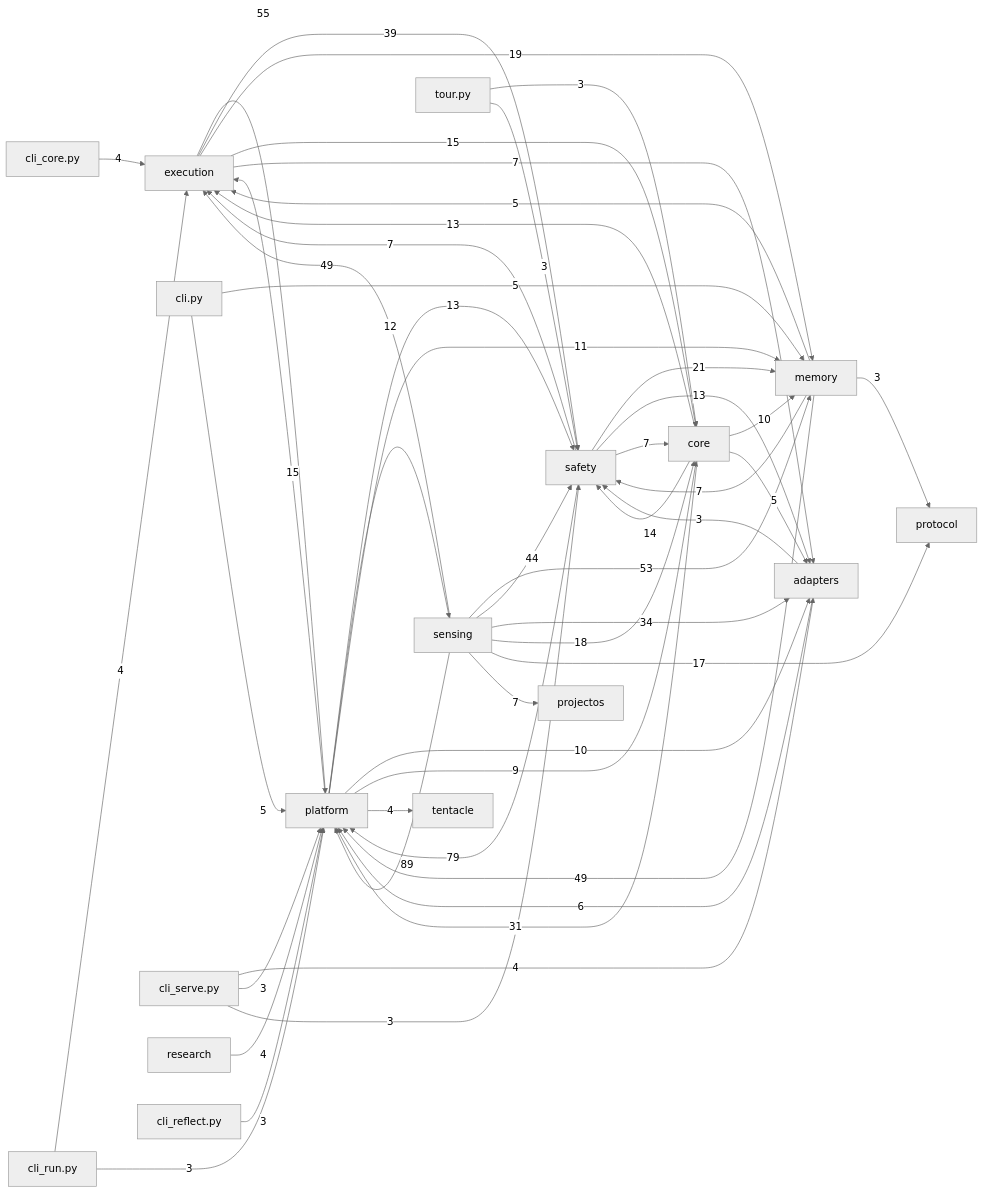
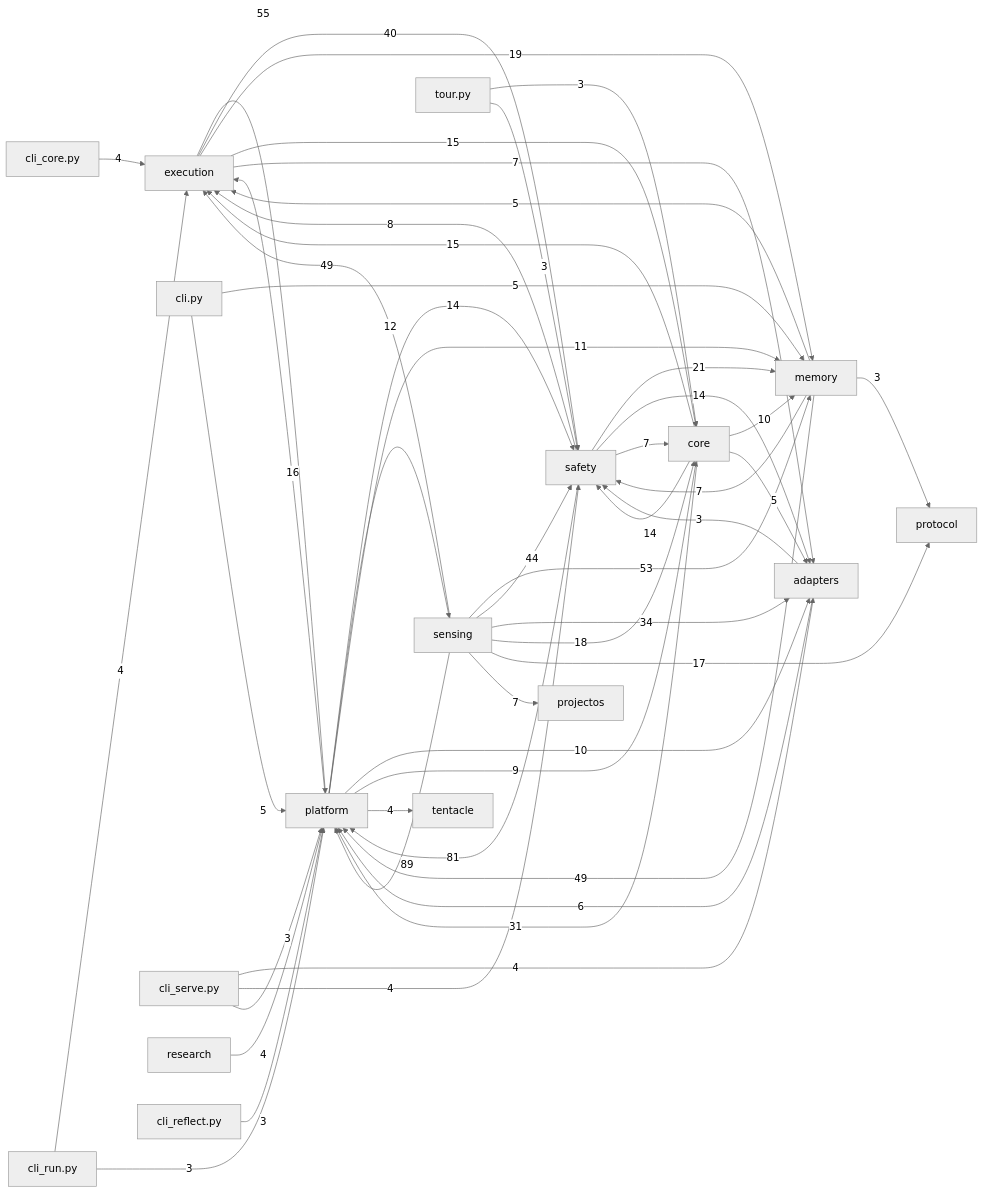
One commit to dengdenghua/octopus-agent changed the diagram in docs/auto/20-backend/index.md. Above: the diagram before and after it, drawn with Mermaid (neutral theme). The commit also changed 125 other files, not shown here.

First line of the commit message:
feat(capabilities): detect disabled tools and weaken streaming timeline

````diff
--- a/docs/auto/20-backend/index.md
+++ b/docs/auto/20-backend/index.md
@@ -26,58 +26,58 @@
 ```mermaid
 graph LR
   execution[execution]
   core[core]
   safety[safety]
   memory[memory]
   sensing[sensing]
   adapters[adapters]
   platform[platform]
   sensing -- 89 --> platform
-  safety -- 79 --> platform
+  safety -- 81 --> platform
   execution -- 55 --> platform
   sensing -- 53 --> memory
   memory -- 49 --> platform
   sensing -- 49 --> execution
   sensing -- 44 --> safety
-  execution -- 39 --> safety
+  execution -- 40 --> safety
   sensing -- 34 --> adapters
   core -- 31 --> platform
   safety -- 21 --> memory
   execution -- 19 --> memory
   sensing -- 18 --> core
   sensing -- 17 --> protocol
+  platform -- 16 --> execution
+  core -- 15 --> execution
   execution -- 15 --> core
-  platform -- 15 --> execution
   core -- 14 --> safety
-  core -- 13 --> execution
-  platform -- 13 --> safety
-  safety -- 13 --> adapters
+  platform -- 14 --> safety
+  safety -- 14 --> adapters
   platform -- 12 --> sensing
   platform -- 11 --> memory
   core -- 10 --> memory
   platform -- 10 --> adapters
   platform -- 9 --> core
+  safety -- 8 --> execution
   execution -- 7 --> adapters
   memory -- 7 --> safety
   safety -- 7 --> core
-  safety -- 7 --> execution
   sensing -- 7 --> projectos
   adapters -- 6 --> platform
   cli.py -- 5 --> memory
   cli.py -- 5 --> platform
   core -- 5 --> adapters
   memory -- 5 --> execution
   cli_core.py -- 4 --> execution
   cli_run.py -- 4 --> execution
   cli_serve.py -- 4 --> adapters
+  cli_serve.py -- 4 --> safety
   platform -- 4 --> tentacle
   research -- 4 --> platform
   adapters -- 3 --> safety
   cli_reflect.py -- 3 --> platform
   cli_run.py -- 3 --> platform
   cli_serve.py -- 3 --> platform
-  cli_serve.py -- 3 --> safety
   memory -- 3 --> protocol
   tour.py -- 3 --> core
   tour.py -- 3 --> safety
 ```
````
